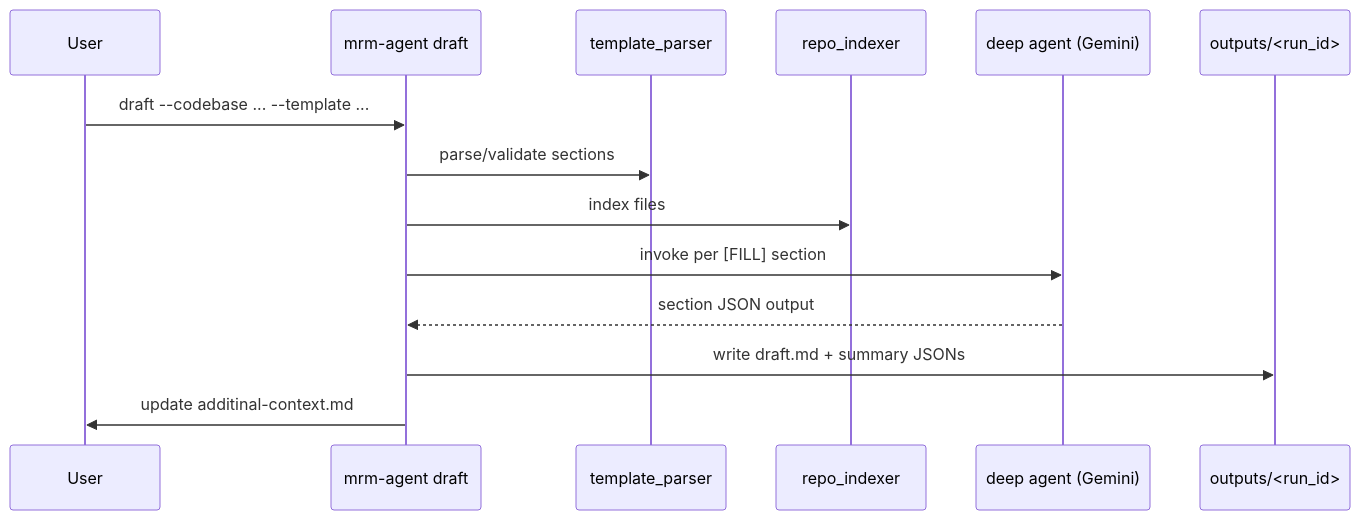
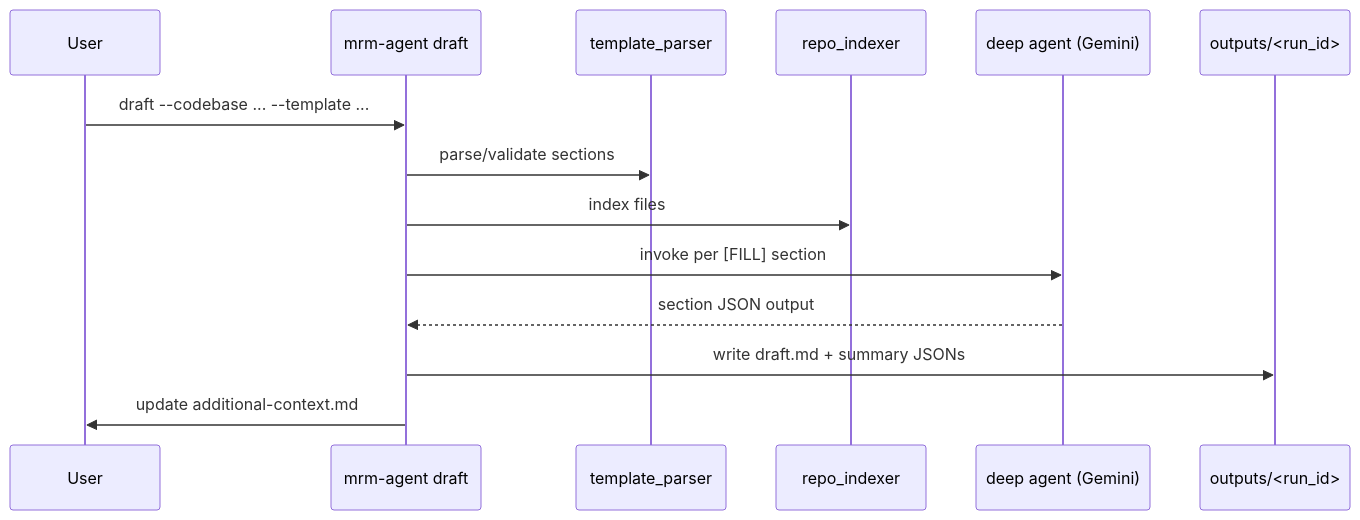
Before and after one commit to gustavorubim/deepagent-model-document: the second of 4 diagrams in README.md, drawn with Mermaid. The commit also changed other lines of this file and 14 other files, not shown here.

First line of the commit message:
fix(cli): standardize additional-context filename handling

````diff
--- a/README.md
+++ b/README.md
@@ -43,16 +43,16 @@
 ```mermaid
 sequenceDiagram
   participant U as User
   participant CLI as mrm-agent draft
   participant P as template_parser
   participant R as repo_indexer
   participant A as deep agent (Gemini)
   participant O as outputs/<run_id>
   U->>CLI: draft --codebase ... --template ...
   CLI->>P: parse/validate sections
   CLI->>R: index files
   CLI->>A: invoke per [FILL] section
   A-->>CLI: section JSON output
   CLI->>O: write draft.md + summary JSONs
-  CLI->>U: update additinal-context.md
+  CLI->>U: update additional-context.md
 ```
````
